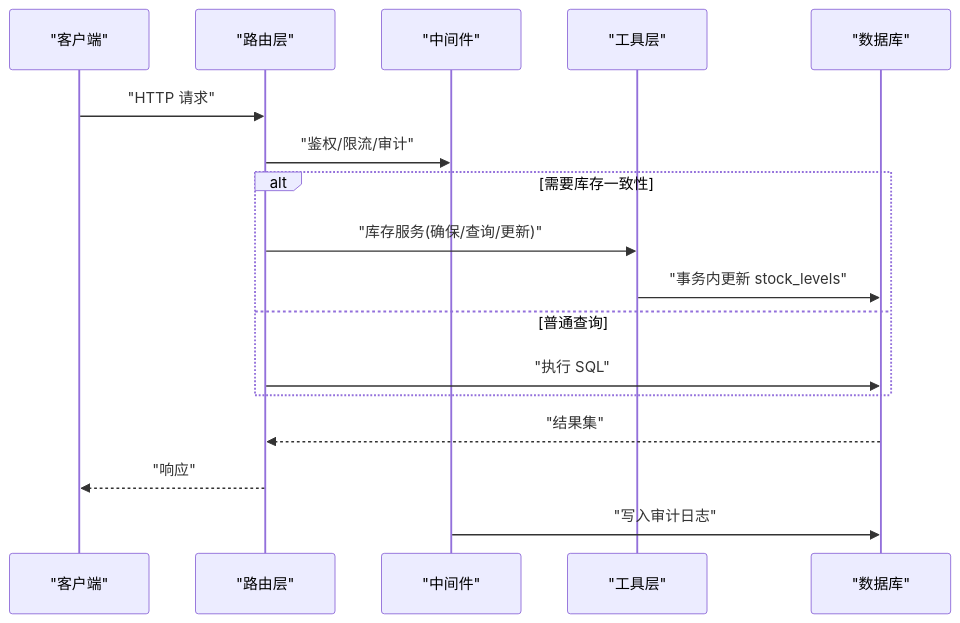
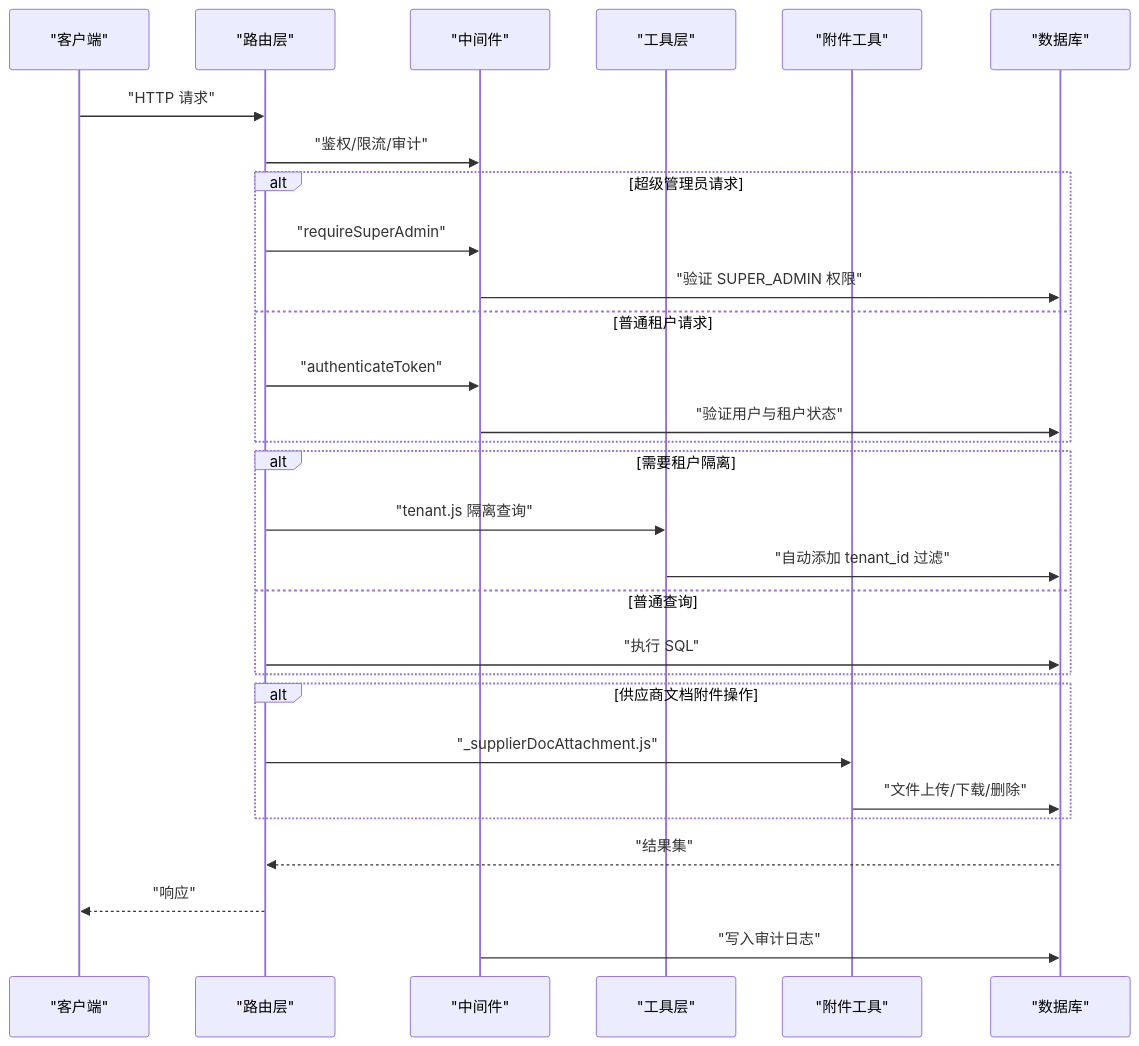
One commit to Juny09/inventory_system changed the second of 6 diagrams in .qoder/repowiki/zh/content/数据库设计/数据库设计.md. Above: the diagram before and after it, drawn with Mermaid. The commit also changed other lines of this file and 53 other files, not shown here.

````diff
--- a/.qoder/repowiki/zh/content/数据库设计/数据库设计.md
+++ b/.qoder/repowiki/zh/content/数据库设计/数据库设计.md
@@ -115,19 +147,31 @@
 ```mermaid
 sequenceDiagram
 participant Client as "客户端"
 participant Router as "路由层"
 participant Middleware as "中间件"
 participant Utils as "工具层"
+participant Attach as "附件工具"
 participant DB as "数据库"
 Client->>Router : "HTTP 请求"
 Router->>Middleware : "鉴权/限流/审计"
-alt 需要库存一致性
-Router->>Utils : "库存服务(确保/查询/更新)"
-Utils->>DB : "事务内更新 stock_levels"
+alt 超级管理员请求
+Router->>Middleware : "requireSuperAdmin"
+Middleware->>DB : "验证 SUPER_ADMIN 权限"
+else 普通租户请求
+Router->>Middleware : "authenticateToken"
+Middleware->>DB : "验证用户与租户状态"
+end
+alt 需要租户隔离
+Router->>Utils : "tenant.js 隔离查询"
+Utils->>DB : "自动添加 tenant_id 过滤"
 else 普通查询
 Router->>DB : "执行 SQL"
+end
+alt 供应商文档附件操作
+Router->>Attach : "_supplierDocAttachment.js"
+Attach->>DB : "文件上传/下载/删除"
 end
 DB-->>Router : "结果集"
 Router-->>Client : "响应"
 Middleware->>DB : "写入审计日志"
 ```
````
